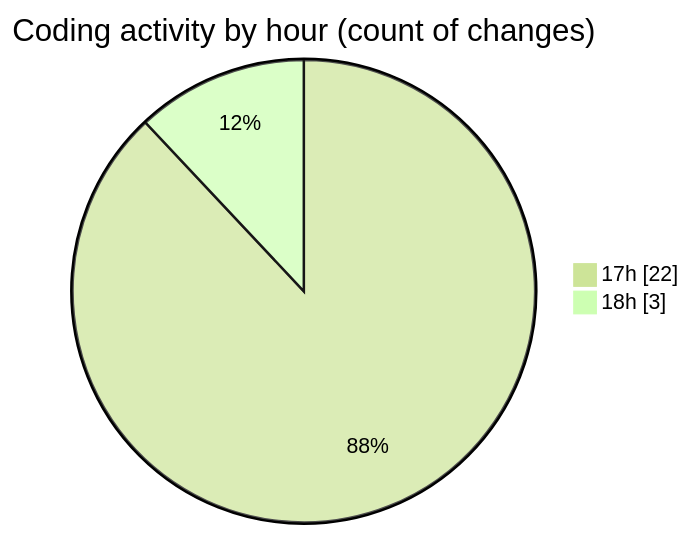
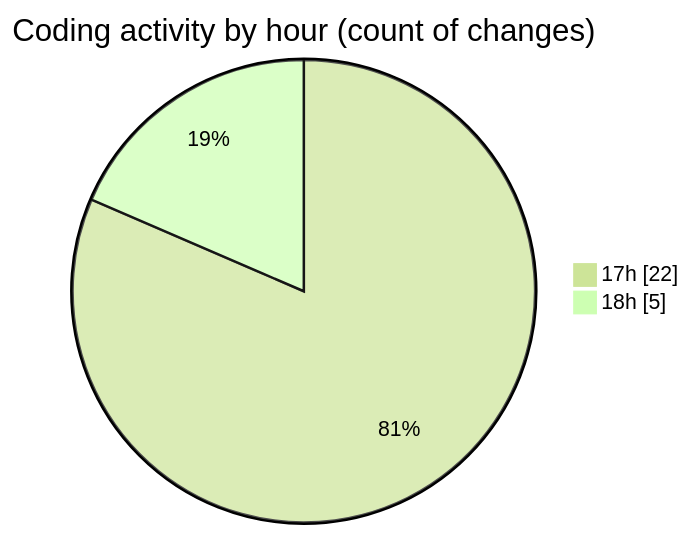
The second of 2 diagrams in 2025-10-30/skintrack/README.md (Netris89/code-tracking), drawn with Mermaid (forest theme) before and after one commit. The commit also changed other lines of this file and 1 other file, not shown here.

````diff
--- a/2025-10-30/skintrack/README.md
+++ b/2025-10-30/skintrack/README.md
@@ -30,6 +30,6 @@
 ```mermaid
 pie showData
 title Coding activity by hour (count of changes)
 "17h" : 22
-"18h" : 3
+"18h" : 5
 ```
````
